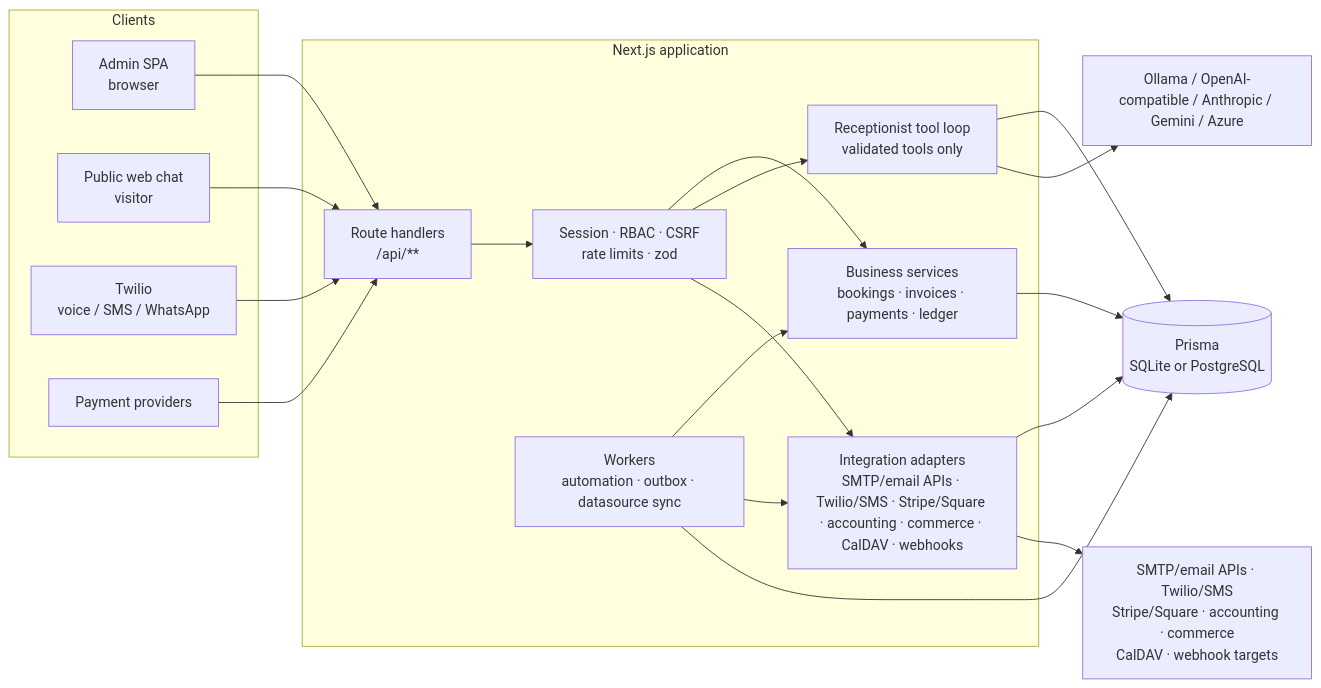
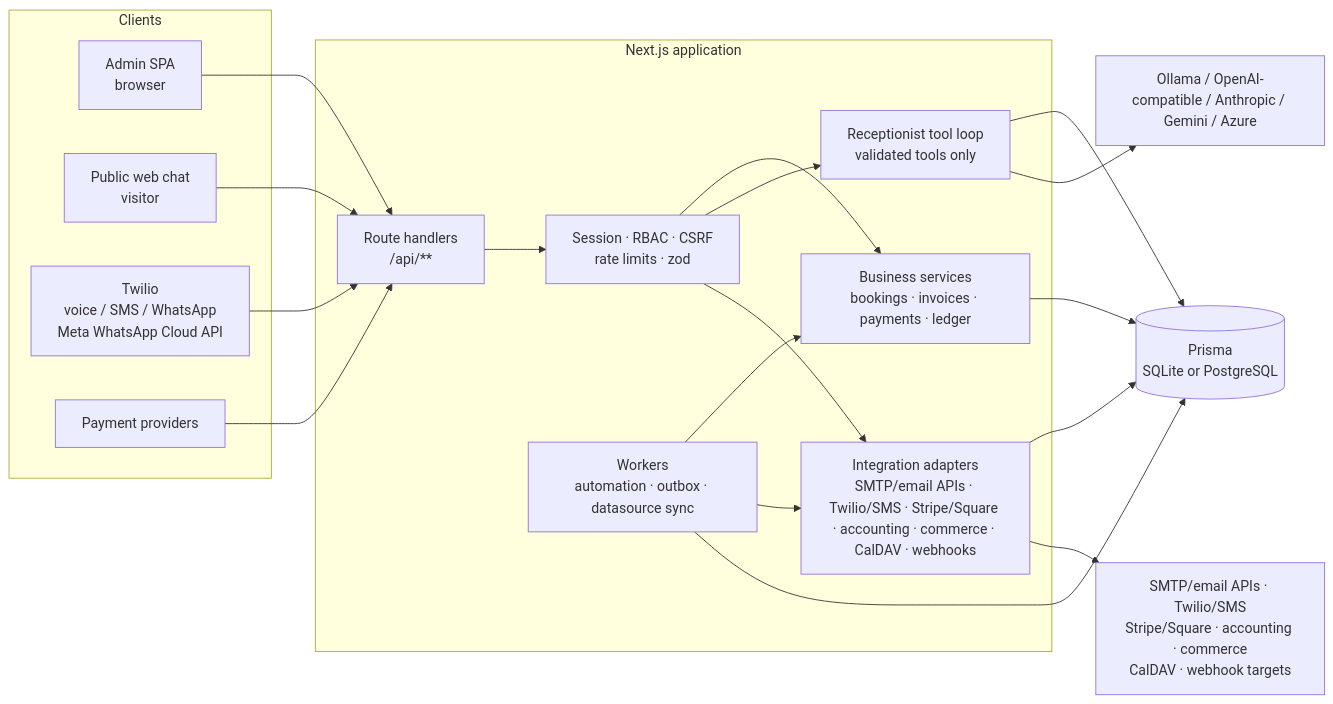
Before and after one commit to sidmazak/airepnsec: the first of 4 diagrams in README.md, drawn with Mermaid. The commit also changed other lines of this file and 39 other files, not shown here.

Commit message:
Phase 22 complete: receptionist schedule, Meta WhatsApp Cloud API, staff alert wiring, provider docs

````diff
--- a/README.md
+++ b/README.md
@@ -56,38 +56,38 @@
 ```mermaid
 flowchart LR
   subgraph Clients
     B[Admin SPA<br/>browser]
     C[Public web chat<br/>visitor]
-    T[Twilio<br/>voice / SMS / WhatsApp]
+    T[Twilio<br/>voice / SMS / WhatsApp<br/>Meta WhatsApp Cloud API]
     P[Payment providers]
   end
 
   subgraph "Next.js application"
     API[Route handlers<br/>/api/**]
     AUTH[Session · RBAC · CSRF<br/>rate limits · zod]
     SVC[Business services<br/>bookings · invoices · payments · ledger]
     AI[Receptionist tool loop<br/>validated tools only]
     INT[Integration adapters<br/>SMTP/email APIs · Twilio/SMS · Stripe/Square · accounting · commerce · CalDAV · webhooks]
     WK[Workers<br/>automation · outbox · datasource sync]
   end
 
   DB[(Prisma<br/>SQLite or PostgreSQL)]
   LLM[Ollama / OpenAI-compatible / Anthropic / Gemini / Azure]
   EXT[SMTP/email APIs · Twilio/SMS<br/>Stripe/Square · accounting · commerce<br/>CalDAV · webhook targets]
 
   B --> API
   C --> API
   T --> API
   P --> API
   API --> AUTH --> SVC
   AUTH --> AI
   AUTH --> INT
   SVC --> DB
   AI --> DB
   AI --> LLM
   INT --> DB
   INT --> EXT
   WK --> SVC
   WK --> INT
   WK --> DB
 ```
````
